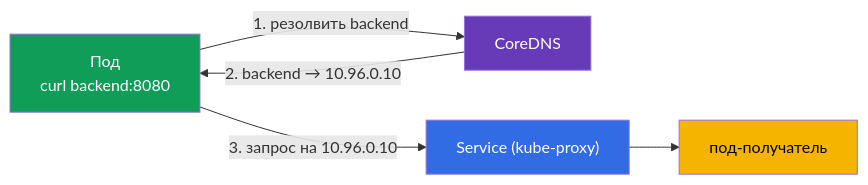
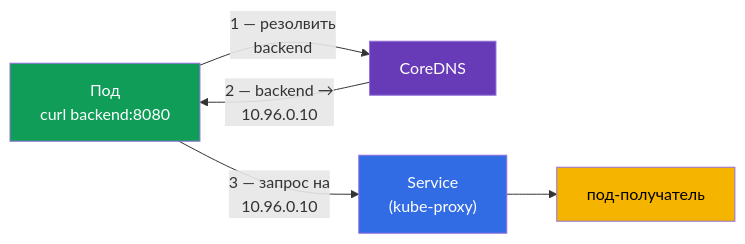
The second of 7 diagrams in tasks/cka/course/31/ru.md (ViktorUJ/cks), drawn with Mermaid before and after one commit. The commit also changed other lines of this file and 30 other files, not shown here.

````diff
--- a/tasks/cka/course/31/ru.md
+++ b/tasks/cka/course/31/ru.md
@@ -44,11 +74,11 @@
 ```mermaid
 flowchart LR
-    pod["Под<br>curl backend:8080"] -->|"1. резолвить backend"| coredns["CoreDNS"]
-    coredns -->|"2. backend → 10.96.0.10"| pod
-    pod -->|"3. запрос на 10.96.0.10"| svc["Service (kube-proxy)"]
+    pod["Под<br>curl backend:8080"] -->|"1 — резолвить<br>backend"| coredns["CoreDNS"]
+    coredns -->|"2 — backend →<br>10.96.0.10"| pod
+    pod -->|"3 — запрос на<br>10.96.0.10"| svc["Service<br>(kube-proxy)"]
     svc --> target["под-получатель"]
     style pod fill:#0f9d58,color:#fff
     style coredns fill:#673ab7,color:#fff
     style svc fill:#326ce5,color:#fff
     style target fill:#f4b400,color:#000
 ```
````
